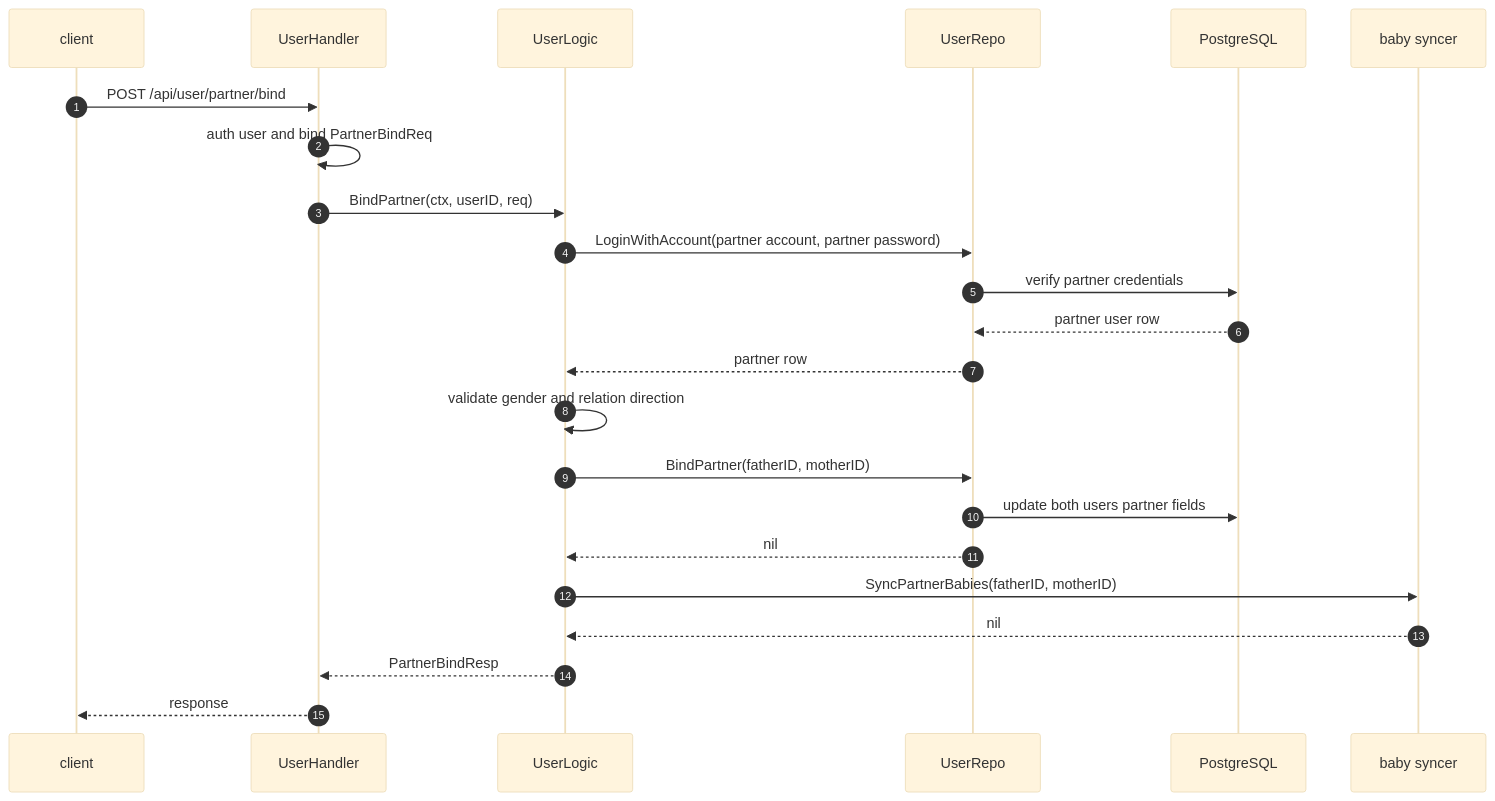
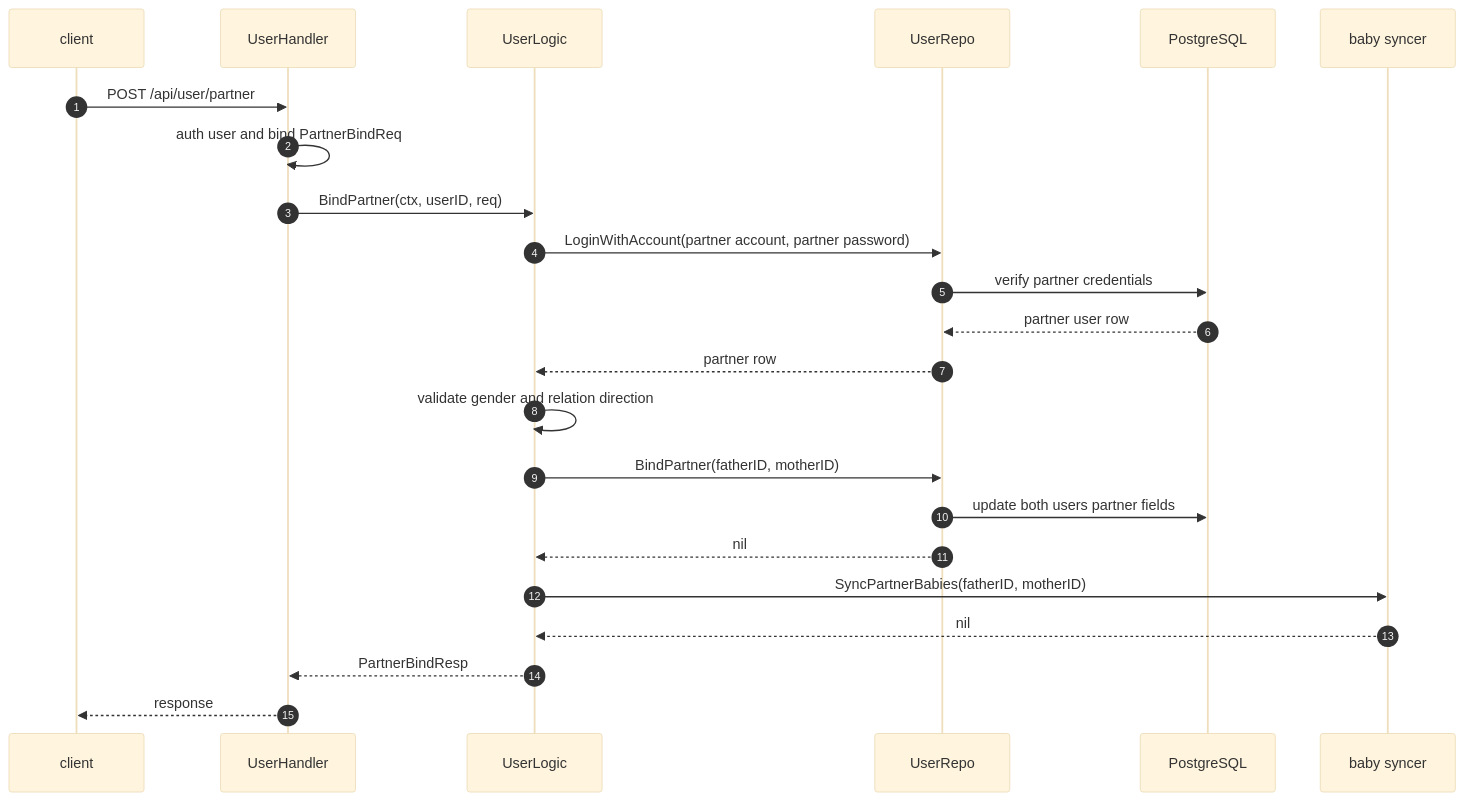
The fourth of 5 diagrams in internal/user/doc/README.md (Goblin-Master/nurture), drawn with Mermaid (base theme) before and after one commit. The commit also changed other lines of this file and 8 other files, not shown here.

````diff
--- a/internal/user/doc/README.md
+++ b/internal/user/doc/README.md
@@ -110,26 +110,26 @@
 ```mermaid
 sequenceDiagram
   autonumber
   participant Client as client
   participant Handler as UserHandler
   participant Logic as UserLogic
   participant Repo as UserRepo
   participant DB as PostgreSQL
   participant Baby as baby syncer
 
-  Client->>Handler: POST /api/user/partner/bind
+  Client->>Handler: POST /api/user/partner
   Handler->>Handler: auth user and bind PartnerBindReq
   Handler->>Logic: BindPartner(ctx, userID, req)
   Logic->>Repo: LoginWithAccount(partner account, partner password)
   Repo->>DB: verify partner credentials
   DB-->>Repo: partner user row
   Repo-->>Logic: partner row
   Logic->>Logic: validate gender and relation direction
   Logic->>Repo: BindPartner(fatherID, motherID)
   Repo->>DB: update both users partner fields
   Repo-->>Logic: nil
   Logic->>Baby: SyncPartnerBabies(fatherID, motherID)
   Baby-->>Logic: nil
   Logic-->>Handler: PartnerBindResp
   Handler-->>Client: response
 ```
````
